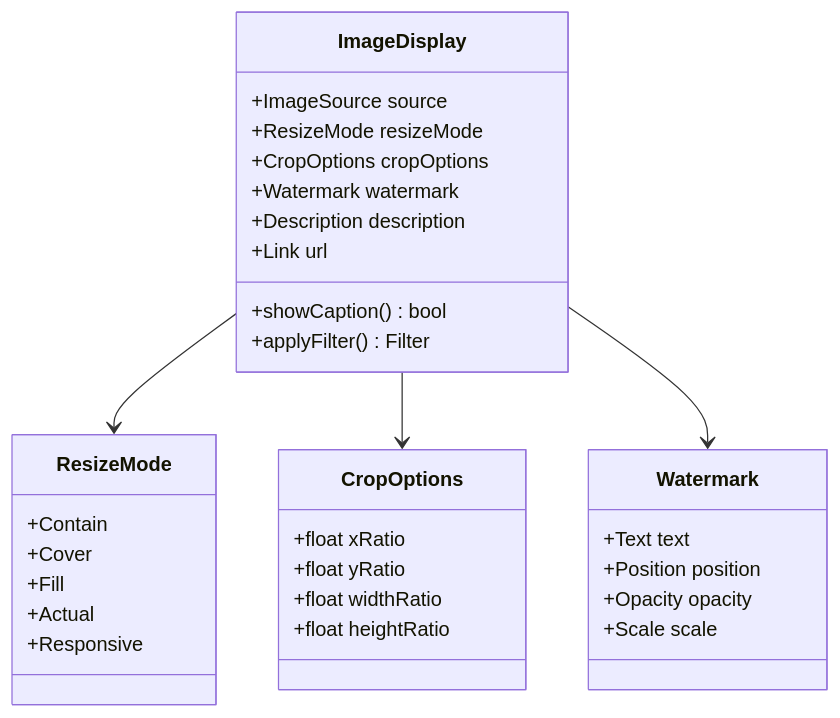
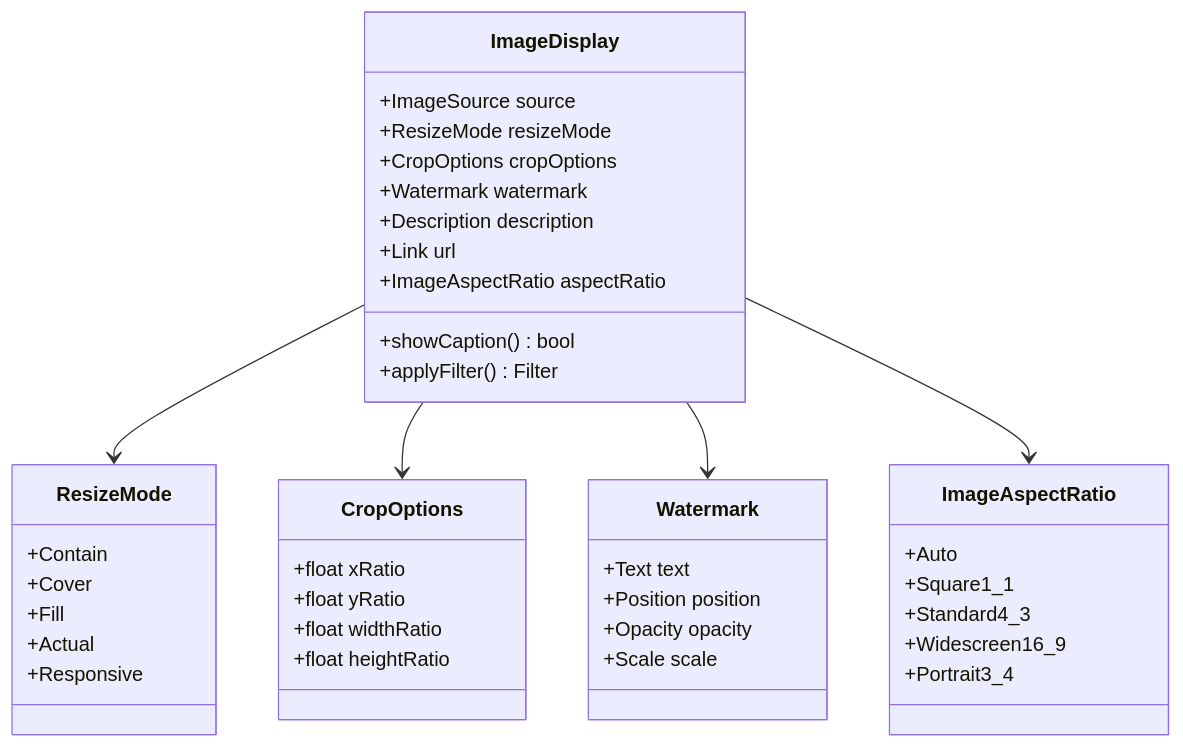
One commit to wyg5208/website_diy changed the seventh of 10 diagrams in .qoder/repowiki/zh/content/前端组件系统/组件库系统/图片展示组件.md. Above: the diagram before and after it, drawn with Mermaid. The commit also changed other lines of this file and 109 other files, not shown here.

````diff
--- a/.qoder/repowiki/zh/content/前端组件系统/组件库系统/图片展示组件.md
+++ b/.qoder/repowiki/zh/content/前端组件系统/组件库系统/图片展示组件.md
@@ -290,35 +314,44 @@
 ```mermaid
 classDiagram
 class ImageDisplay {
 +ImageSource source
 +ResizeMode resizeMode
 +CropOptions cropOptions
 +Watermark watermark
 +Description description
 +Link url
++ImageAspectRatio aspectRatio
 +showCaption() bool
 +applyFilter() Filter
 }
 class ResizeMode {
 +Contain
 +Cover
 +Fill
 +Actual
 +Responsive
 }
 class CropOptions {
 +float xRatio
 +float yRatio
 +float widthRatio
 +float heightRatio
 }
 class Watermark {
 +Text text
 +Position position
 +Opacity opacity
 +Scale scale
 }
+class ImageAspectRatio {
++Auto
++Square1_1
++Standard4_3
++Widescreen16_9
++Portrait3_4
+}
 ImageDisplay --> ResizeMode
 ImageDisplay --> CropOptions
 ImageDisplay --> Watermark
+ImageDisplay --> ImageAspectRatio
 ```
````
